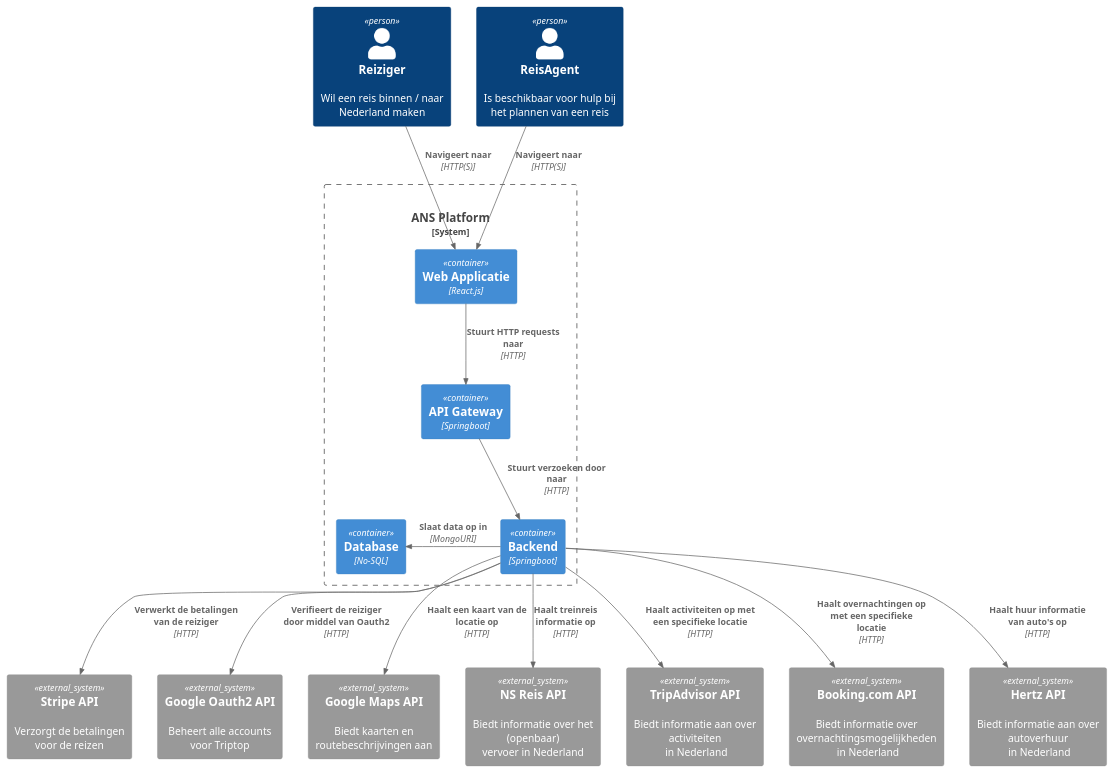
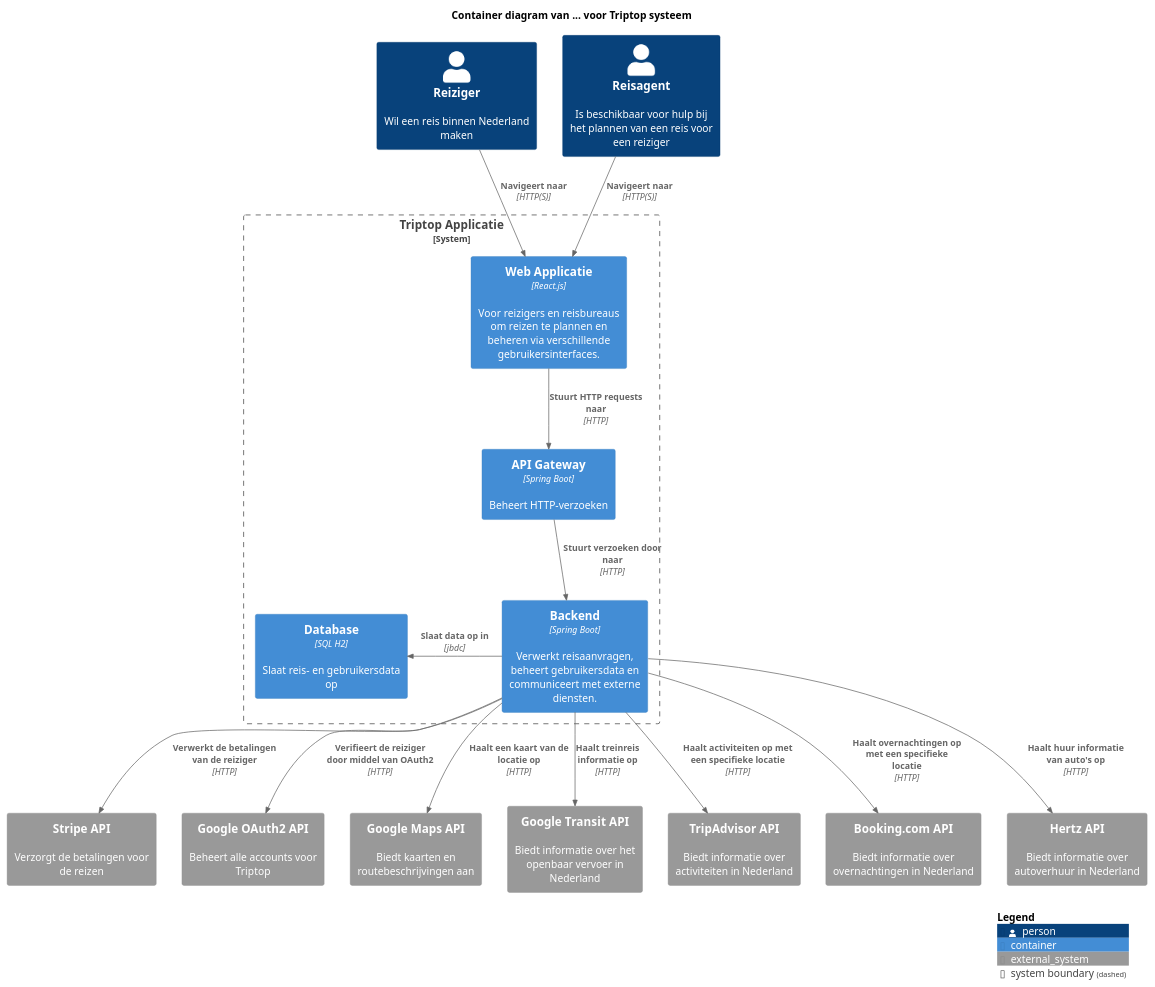
The diagram in week1/les3/containerdiagram-voorbeeld/container-diagram.puml (AIM-ENE-feb25/triptop-groep-b6), drawn with PlantUML before and after one commit. The commit also changed 8 other files, not shown here.

```diff
--- a/week1/les3/containerdiagram-voorbeeld/container-diagram.puml
+++ b/week1/les3/containerdiagram-voorbeeld/container-diagram.puml
@@ -1,40 +1,40 @@
 @startuml
 !include https://raw.githubusercontent.com/plantuml-stdlib/C4-PlantUML/master/C4_Container.puml
-!include <C4/C4>
-!include <C4/C4_Context>
-!include <C4/C4_Container>
 top to bottom direction
 
-Person(Reiziger, "Reiziger", "Wil een reis binnen / naar Nederland maken")
-Person(ReisAgent, "ReisAgent", "Is beschikbaar voor hulp bij het plannen van een reis")
+title Container diagram van ... voor Triptop systeem
 
-System_Boundary("key_boundary", "ANS Platform", $tags="") {
-    Container(WebApplicatie, "Web Applicatie", "React.js")
-    Container(APIGateway, "API Gateway", "Springboot")
-    Container(Backend, "Backend", "Springboot")
-    Container(Database, "Database", "No-SQL")
+Person(Reiziger, "Reiziger", "Wil een reis binnen Nederland maken")
+Person(Reisagent, "Reisagent", "Is beschikbaar voor hulp bij het plannen van een reis voor een reiziger")
+
+System_Boundary("key_boundary", "Triptop Applicatie", $tags="") {
+    Container(WebApplicatie, "Web Applicatie", "React.js", "Voor reizigers en reisbureaus om reizen te plannen en beheren via verschillende gebruikersinterfaces.")
+    Container(APIGateway, "API Gateway", "Spring Boot", "Beheert HTTP-verzoeken")
+    Container(Backend, "Backend", "Spring Boot", "Verwerkt reisaanvragen, beheert gebruikersdata en communiceert met externe diensten.")
+    Container(Database, "Database", "SQL H2", "Slaat reis- en gebruikersdata op")
 }
 
-System_Ext(BetalingsService, "Stripe API", "Verzorgt de betalingen\nvoor de reizen")
-System_Ext(IdentityProviderApi, "Google Oauth2 API", "Beheert alle accounts\nvoor Triptop")
-System_Ext(MapsApi, "Google Maps API", "Biedt kaarten en\nroutebeschrijvingen aan")
-System_Ext(VervoerderAPI, "NS Reis API", "Biedt informatie over het (openbaar)\nvervoer in Nederland")
-System_Ext(AcitiviteitenAPI, "TripAdvisor API", "Biedt informatie aan over activiteiten\n in Nederland")
-System_Ext(OvernachtingenAPI, "Booking.com API", "Biedt informatie over overnachtingsmogelijkheden\n in Nederland")
-System_Ext(AutoVerhuurAPI, "Hertz API", "Biedt informatie aan over autoverhuur\n in Nederland")
+System_Ext(BetalingsAPI, "Stripe API", "Verzorgt de betalingen voor de reizen")
+System_Ext(IdentityProviderAPI, "Google OAuth2 API", "Beheert alle accounts voor Triptop")
+System_Ext(MapsAPI, "Google Maps API", "Biedt kaarten en routebeschrijvingen aan")
+System_Ext(VervoerderAPI, "Google Transit API", "Biedt informatie over het openbaar vervoer in Nederland")
+System_Ext(ActiviteitenAPI, "TripAdvisor API", "Biedt informatie over activiteiten in Nederland")
+System_Ext(OvernachtingenAPI, "Booking.com API", "Biedt informatie over overnachtingen in Nederland")
+System_Ext(AutoVerhuurAPI, "Hertz API", "Biedt informatie over autoverhuur in Nederland")
 
-Rel_D(Reiziger, WebApplicatie, "Navigeert naar", $techn="HTTP(S)", $tags="", $link="")
-Rel_D(ReisAgent, WebApplicatie, "Navigeert naar", $techn="HTTP(S)", $tags="", $link="")
-Rel_D(WebApplicatie, APIGateway, "Stuurt HTTP requests naar", $techn="HTTP", $tags="", $link="")
-Rel_D(APIGateway, Backend, "Stuurt verzoeken door naar", $techn="HTTP", $tags="", $link="")
-Rel_L(Backend, Database, "Slaat data op in", $techn="MongoURI", $tags="", $link="")
+Rel_D(Reiziger, WebApplicatie, "Navigeert naar", $techn="HTTP(S)")
+Rel_D(Reisagent, WebApplicatie, "Navigeert naar", $techn="HTTP(S)")
+Rel_D(WebApplicatie, APIGateway, "Stuurt HTTP requests naar", $techn="HTTP")
+Rel_D(APIGateway, Backend, "Stuurt verzoeken door naar", $techn="HTTP")
+Rel_L(Backend, Database, "Slaat data op in", $techn="jbdc")
 
-Rel_D(Backend, IdentityProviderApi, "Verifieert de reiziger\ndoor middel van Oauth2", $techn="HTTP", $tags="", $link="")
-Rel_D(Backend, BetalingsService, "Verwerkt de betalingen van de reiziger", $techn="HTTP", $tags="", $link="")
-Rel_D(Backend, MapsApi, "Haalt een kaart van de locatie op", $techn="HTTP", $tags="", $link="")
-Rel_D(Backend, VervoerderAPI, "Haalt treinreis informatie op", $techn="HTTP", $tags="", $link="")
-Rel_D(Backend, AcitiviteitenAPI, "Haalt activiteiten op met een specifieke locatie", $techn="HTTP", $tags="", $link="")
-Rel_D(Backend, OvernachtingenAPI, "Haalt overnachtingen op met een specifieke locatie", $techn="HTTP", $tags="", $link="")
-Rel_D(Backend, AutoVerhuurAPI, "Haalt huur informatie van auto's op", $techn="HTTP", $tags="", $link="")
+Rel_D(Backend, IdentityProviderAPI, "Verifieert de reiziger\ndoor middel van OAuth2", $techn="HTTP")
+Rel_D(Backend, BetalingsAPI, "Verwerkt de betalingen van de reiziger", $techn="HTTP")
+Rel_D(Backend, MapsAPI, "Haalt een kaart van de locatie op", $techn="HTTP")
+Rel_D(Backend, VervoerderAPI, "Haalt treinreis informatie op", $techn="HTTP")
+Rel_D(Backend, ActiviteitenAPI, "Haalt activiteiten op met een specifieke locatie", $techn="HTTP")
+Rel_D(Backend, OvernachtingenAPI, "Haalt overnachtingen op met een specifieke locatie", $techn="HTTP")
+Rel_D(Backend, AutoVerhuurAPI, "Haalt huur informatie van auto's op", $techn="HTTP")
 
+SHOW_LEGEND()
 @enduml
```
